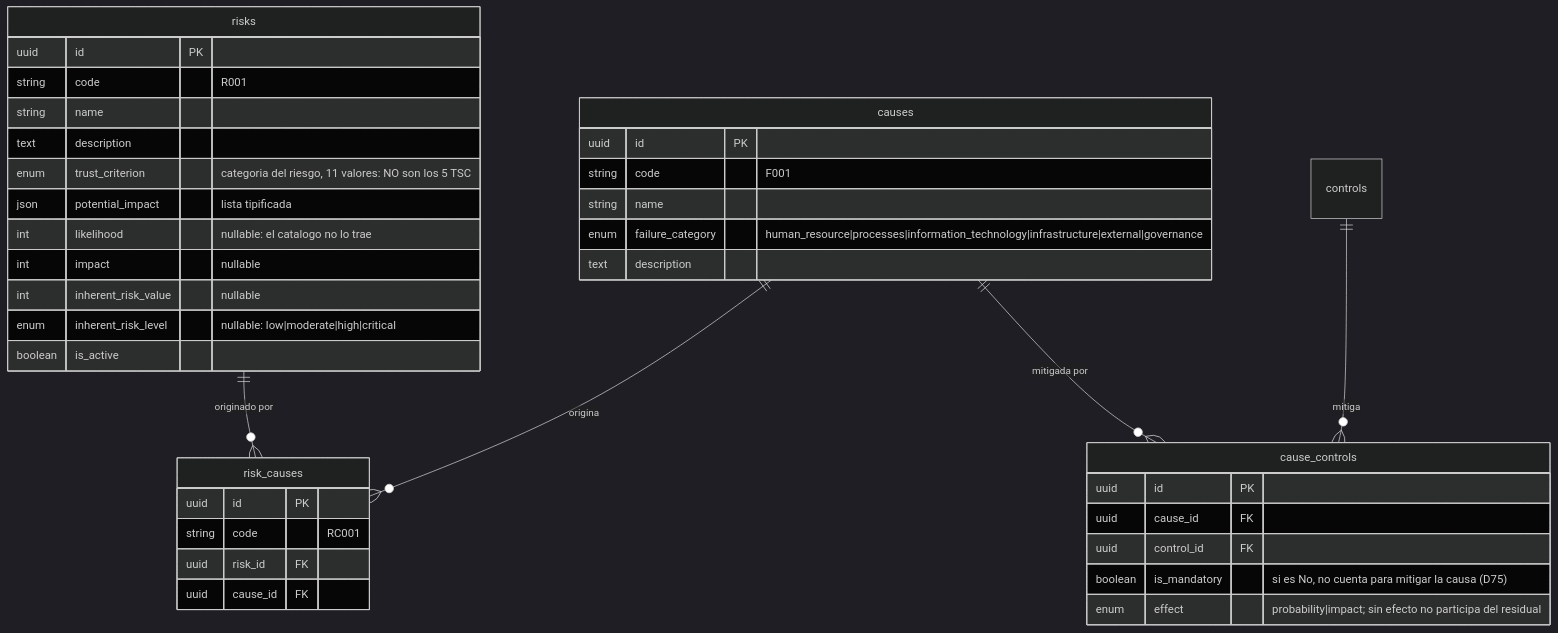
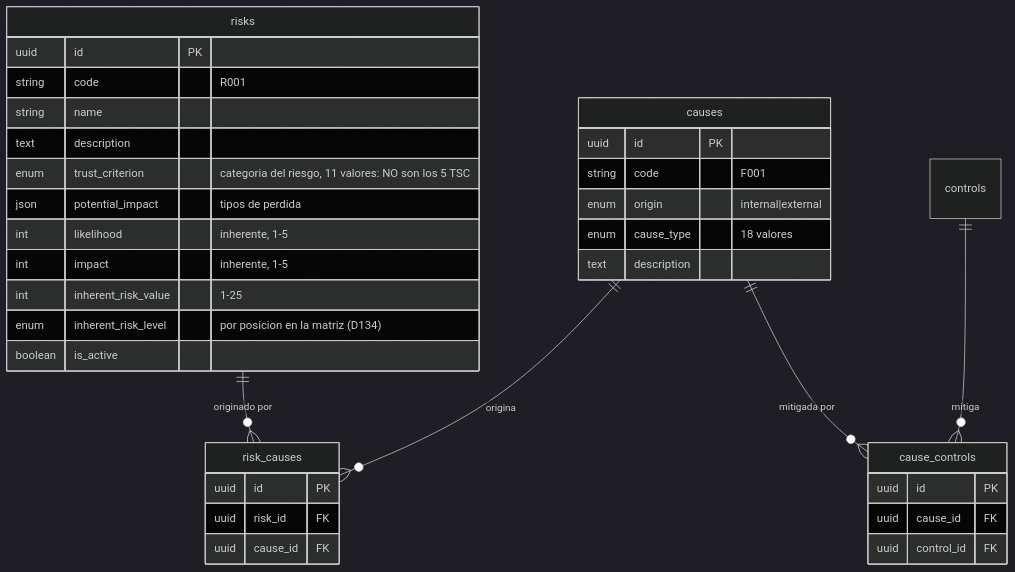
One commit to Monkey-GRC/Monkey-Brain-IA changed the fourth of 5 diagrams in skills/product/monkey-compliance-council/references/datos/modelo/03-catalogo-maestro.md. Above: the diagram before and after it, drawn with Mermaid (dark theme). The commit also changed other lines of this file and 100 other files, not shown here.

````diff
--- a/skills/product/monkey-compliance-council/references/datos/modelo/03-catalogo-maestro.md
+++ b/skills/product/monkey-compliance-council/references/datos/modelo/03-catalogo-maestro.md
@@ -297,40 +298,37 @@
 ```mermaid
 erDiagram
     risks {
         uuid id PK
         string code "R001"
         string name
         text description
         enum trust_criterion "categoria del riesgo, 11 valores: NO son los 5 TSC"
-        json potential_impact "lista tipificada"
-        int likelihood "nullable: el catalogo no lo trae"
-        int impact "nullable"
-        int inherent_risk_value "nullable"
-        enum inherent_risk_level "nullable: low|moderate|high|critical"
+        json potential_impact "tipos de perdida"
+        int likelihood "inherente, 1-5"
+        int impact "inherente, 1-5"
+        int inherent_risk_value "1-25"
+        enum inherent_risk_level "por posicion en la matriz (D134)"
         boolean is_active
     }
     causes {
         uuid id PK
         string code "F001"
-        string name
-        enum failure_category "human_resource|processes|information_technology|infrastructure|external|governance"
+        enum origin "internal|external"
+        enum cause_type "18 valores"
         text description
     }
     risk_causes {
         uuid id PK
-        string code "RC001"
         uuid risk_id FK
         uuid cause_id FK
     }
     cause_controls {
         uuid id PK
         uuid cause_id FK
         uuid control_id FK
-        boolean is_mandatory "si es No, no cuenta para mitigar la causa (D75)"
-        enum effect "probability|impact; sin efecto no participa del residual"
     }
     risks ||--o{ risk_causes : "originado por"
     causes ||--o{ risk_causes : "origina"
     causes ||--o{ cause_controls : "mitigada por"
     controls ||--o{ cause_controls : "mitiga"
 ```
````
